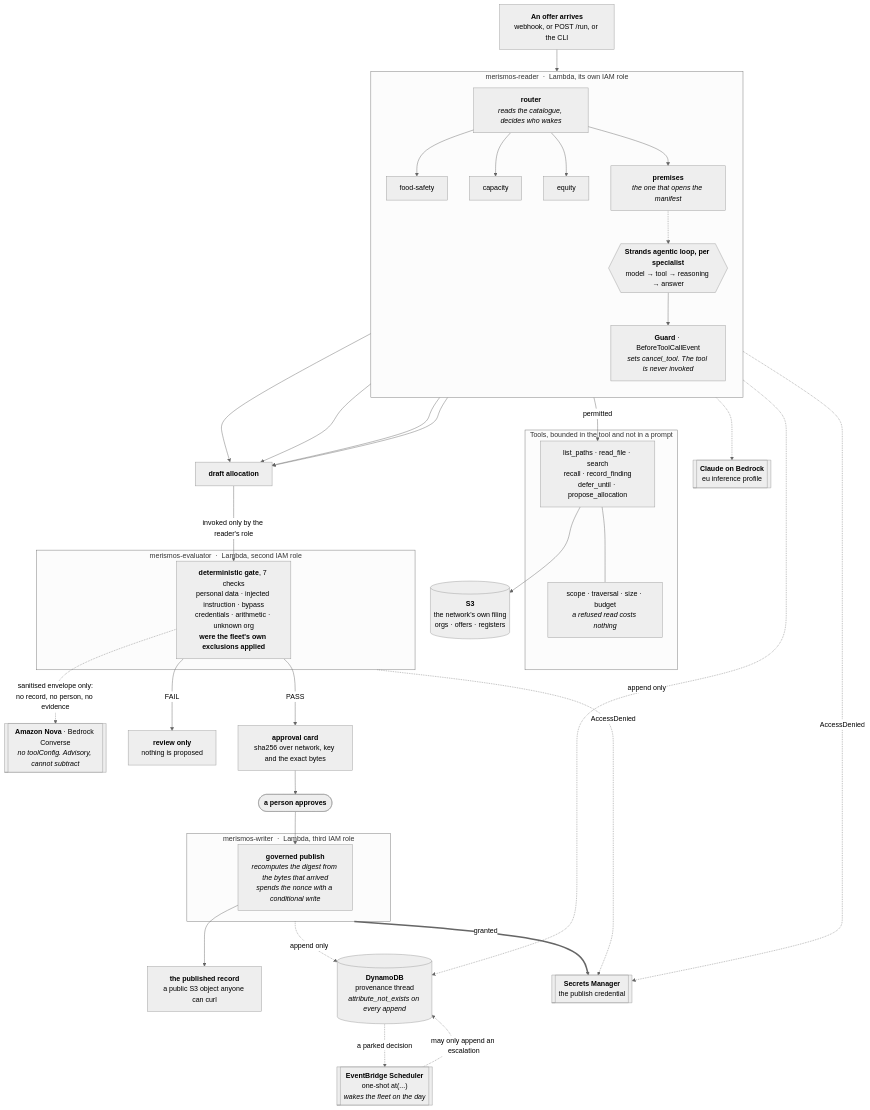
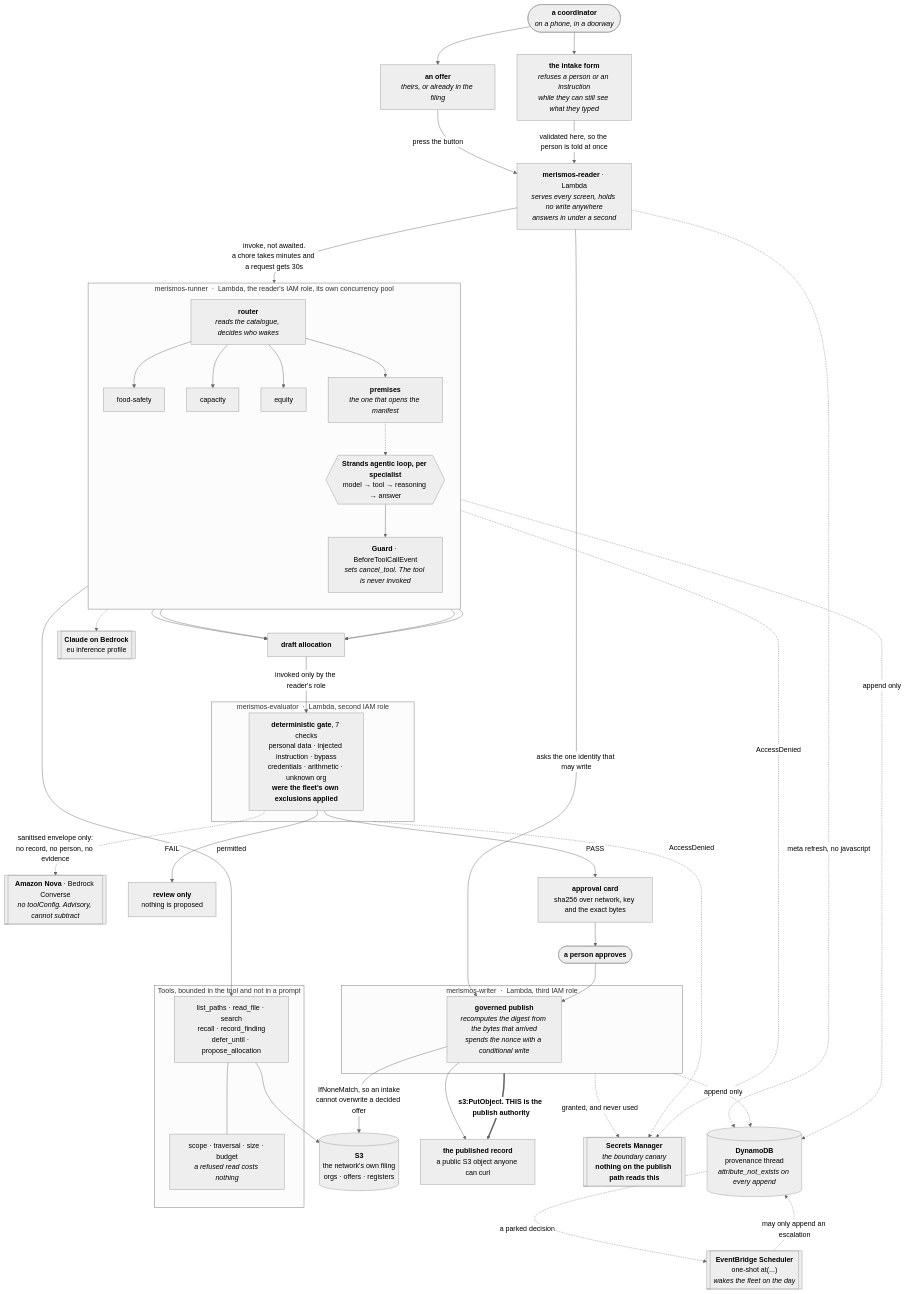
Before and after one commit to upgradedev/merismos-aws: the first of 2 diagrams in README.md, drawn with Mermaid (neutral theme). The commit also changed other lines of this file, not shown here.

````diff
--- a/README.md
+++ b/README.md
@@ -113,59 +114,70 @@
 ```mermaid
 flowchart TB
-    OFFER["<b>An offer arrives</b><br/>webhook, or POST /run, or the CLI"]
+    COORD(["<b>a coordinator</b><br/><i>on a phone, in a doorway</i>"])
+    FORM["<b>the intake form</b><br/><i>refuses a person or an instruction<br/>while they can still see what they typed</i>"]
+    OFFER["<b>an offer</b><br/><i>theirs, or already in the filing</i>"]
+    COORD --> FORM
+    COORD --> OFFER
 
-    subgraph READER["merismos-reader &nbsp;·&nbsp; Lambda, its own IAM role"]
+    subgraph READER["merismos-runner &nbsp;·&nbsp; Lambda, the reader's IAM role, its own concurrency pool"]
         direction TB
         R["<b>router</b><br/><i>reads the catalogue, decides who wakes</i>"]
         R --> S1["food-safety"]
         R --> S2["capacity"]
         R --> S3["equity"]
         R --> S4["<b>premises</b><br/><i>the one that opens the manifest</i>"]
 
         LOOP{{"<b>Strands agentic loop, per specialist</b><br/>model → tool → reasoning → answer"}}
         S4 -.-> LOOP
         GUARD["<b>Guard</b> · BeforeToolCallEvent<br/><i>sets cancel_tool. The tool is never invoked</i>"]
         LOOP --> GUARD
     end
 
     subgraph TOOLS["Tools, bounded in the tool and not in a prompt"]
         T["list_paths · read_file · search<br/>recall · record_finding<br/>defer_until · propose_allocation"]
         BOUND["scope · traversal · size · budget<br/><i>a refused read costs nothing</i>"]
         T --- BOUND
     end
 
     GUARD -->|permitted| T
     T --> CORPUS[("<b>S3</b><br/>the network's own filing<br/>orgs · offers · registers")]
 
-    OFFER --> R
+    OFFER -->|"press the button"| PAGE["<b>merismos-reader</b> · Lambda<br/><i>serves every screen, holds no write anywhere</i><br/><i>answers in under a second</i>"]
+    FORM -->|"validated here, so the person is told at once"| PAGE
+    PAGE -->|"invoke, not awaited.<br/>a chore takes minutes and a request gets 30s"| R
+    PAGE -.->|"meta refresh, no javascript"| L
+    PAGE -->|"asks the one identity that may write"| W
+    W -->|"IfNoneMatch, so an intake<br/>cannot overwrite a decided offer"| CORPUS
     S1 & S2 & S3 & S4 --> DRAFT["<b>draft allocation</b>"]
 
     subgraph EVAL["merismos-evaluator &nbsp;·&nbsp; Lambda, second IAM role"]
         G["<b>deterministic gate</b>, 7 checks<br/>personal data · injected instruction · bypass<br/>credentials · arithmetic · unknown org<br/><b>were the fleet's own exclusions applied</b>"]
     end
 
     DRAFT -->|"invoked only by the reader's role"| G
     G -.->|"sanitised envelope only:<br/>no record, no person, no evidence"| CRITIC[["<b>Amazon Nova</b> · Bedrock Converse<br/><i>no toolConfig. Advisory, cannot subtract</i>"]]
     LOOP -.-> BR[["<b>Claude on Bedrock</b><br/>eu inference profile"]]
 
     G -->|FAIL| STOP["<b>review only</b><br/>nothing is proposed"]
     G -->|PASS| CARD["<b>approval card</b><br/>sha256 over network, key and the exact bytes"]
 
     CARD --> H(["<b>a person approves</b>"])
 
     subgraph WRITER["merismos-writer &nbsp;·&nbsp; Lambda, third IAM role"]
         W["<b>governed publish</b><br/><i>recomputes the digest from the bytes that arrived</i><br/><i>spends the nonce with a conditional write</i>"]
     end
 
     H --> W --> OUT["<b>the published record</b><br/>a public S3 object anyone can curl"]
 
     READER -.->|append only| L[("<b>DynamoDB</b><br/>provenance thread<br/><i>attribute_not_exists on every append</i>")]
     WRITER -.->|append only| L
     L -.->|"a parked decision"| SCHED[["<b>EventBridge Scheduler</b><br/>one-shot at(...)<br/><i>wakes the fleet on the day</i>"]]
     SCHED -.->|"may only append an escalation"| L
 
-    SM[["<b>Secrets Manager</b><br/>the publish credential"]]
-    WRITER ==>|granted| SM
+    SM[["<b>Secrets Manager</b><br/><i>the boundary canary</i><br/><b>nothing on the publish path reads this</b>"]]
+    WRITER -.->|granted, and never used| SM
     READER -.->|AccessDenied| SM
     EVAL -.->|AccessDenied| SM
+
+    WRITER ==>|"<b>s3:PutObject. THIS is the publish authority</b>"| OUT
 ```
````
